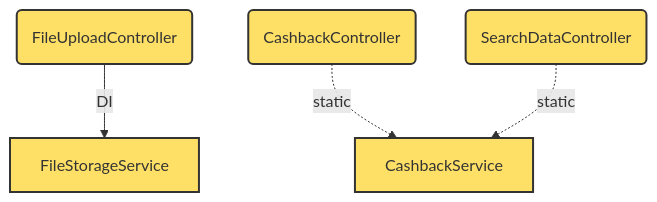
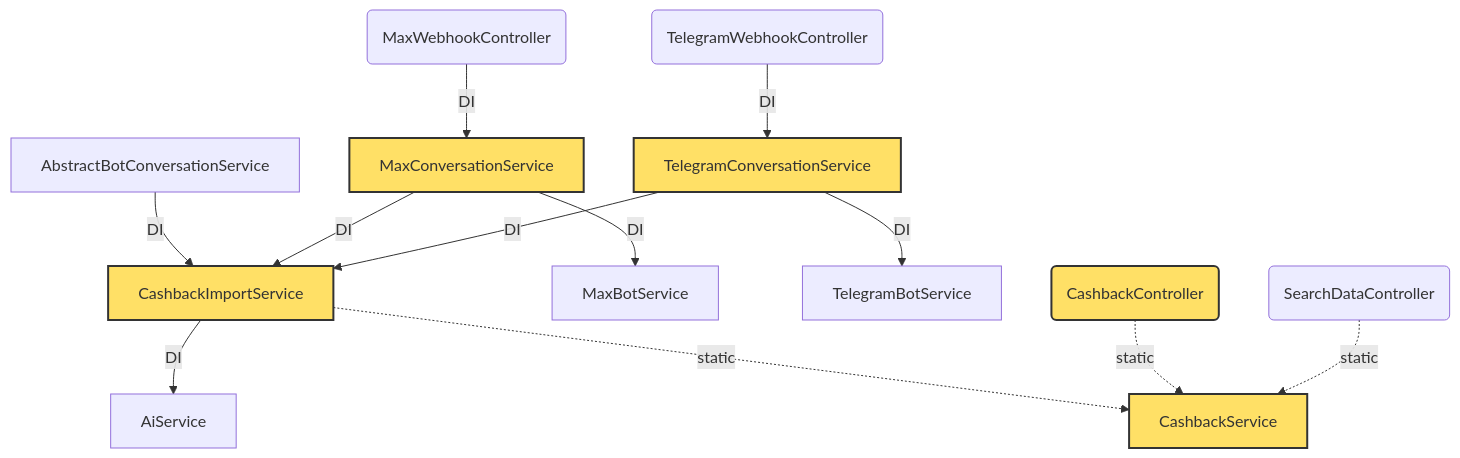
The diagram in docs/wiki/maps/dependencies.md (medium-nt/laracash), drawn with Mermaid before and after one commit. The commit also changed other lines of this file and 6 other files, not shown here.

````diff
--- a/docs/wiki/maps/dependencies.md
+++ b/docs/wiki/maps/dependencies.md
@@ -22,16 +22,31 @@
 ```mermaid
 graph TD
-    FileUploadController("FileUploadController")
-    FileStorageService["FileStorageService"]
+    AbstractBotConversationService["AbstractBotConversationService"]
+    CashbackImportService["CashbackImportService"]
+    AiService["AiService"]
+    MaxConversationService["MaxConversationService"]
+    MaxBotService["MaxBotService"]
+    TelegramConversationService["TelegramConversationService"]
+    TelegramBotService["TelegramBotService"]
+    MaxWebhookController("MaxWebhookController")
+    TelegramWebhookController("TelegramWebhookController")
+    CashbackService["CashbackService"]
     CashbackController("CashbackController")
-    CashbackService["CashbackService"]
     SearchDataController("SearchDataController")
-    FileUploadController -->|DI| FileStorageService
+    AbstractBotConversationService -->|DI| CashbackImportService
+    CashbackImportService -->|DI| AiService
+    MaxConversationService -->|DI| MaxBotService
+    MaxConversationService -->|DI| CashbackImportService
+    TelegramConversationService -->|DI| TelegramBotService
+    TelegramConversationService -->|DI| CashbackImportService
+    MaxWebhookController -->|DI| MaxConversationService
+    TelegramWebhookController -->|DI| TelegramConversationService
+    CashbackImportService -.->|static| CashbackService
     CashbackController -.->|static| CashbackService
     SearchDataController -.->|static| CashbackService
     style CashbackService fill:#ffe066,stroke:#333,stroke-width:2px
+    style CashbackImportService fill:#ffe066,stroke:#333,stroke-width:2px
+    style MaxConversationService fill:#ffe066,stroke:#333,stroke-width:2px
+    style TelegramConversationService fill:#ffe066,stroke:#333,stroke-width:2px
     style CashbackController fill:#ffe066,stroke:#333,stroke-width:2px
-    style FileStorageService fill:#ffe066,stroke:#333,stroke-width:2px
-    style FileUploadController fill:#ffe066,stroke:#333,stroke-width:2px
-    style SearchDataController fill:#ffe066,stroke:#333,stroke-width:2px
 ```
````
